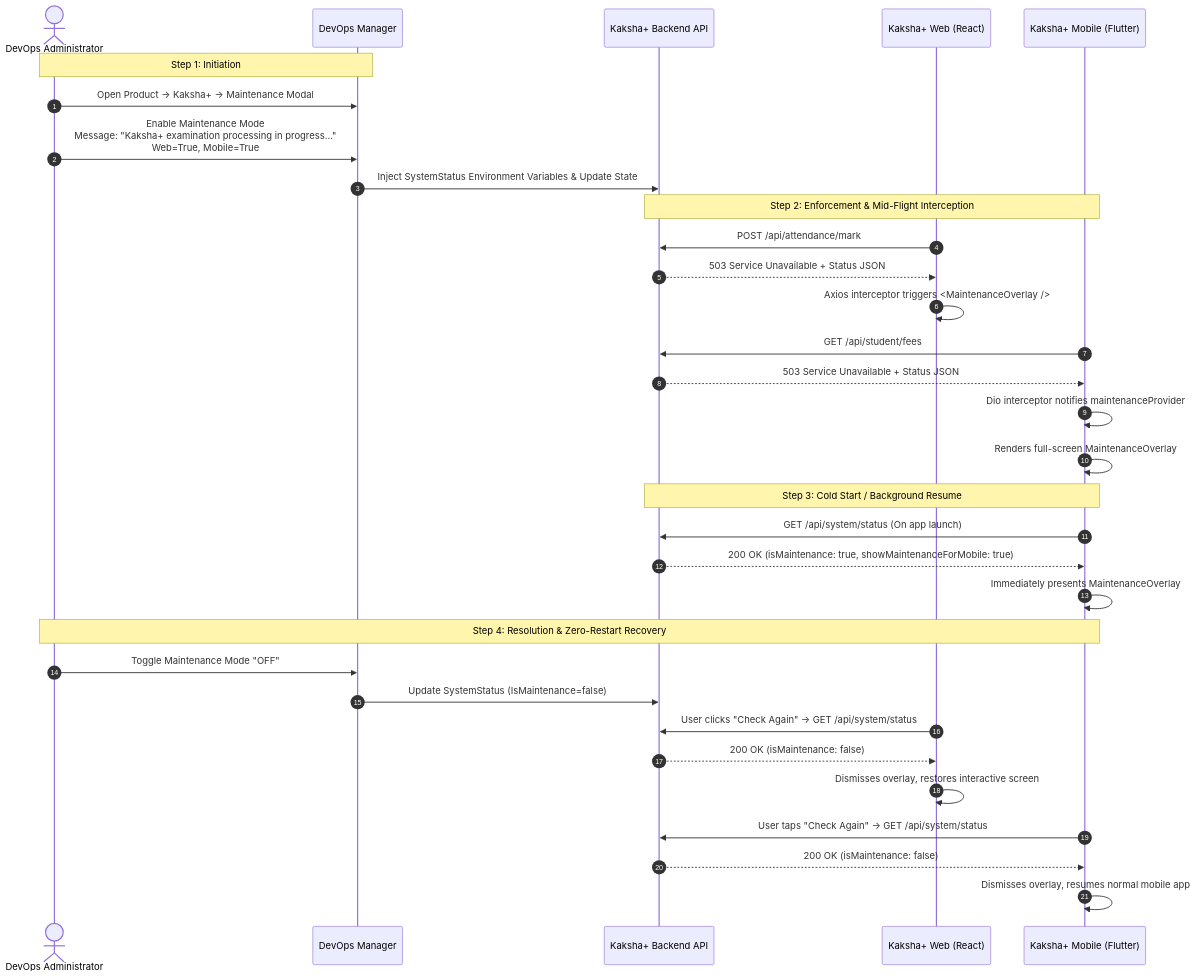
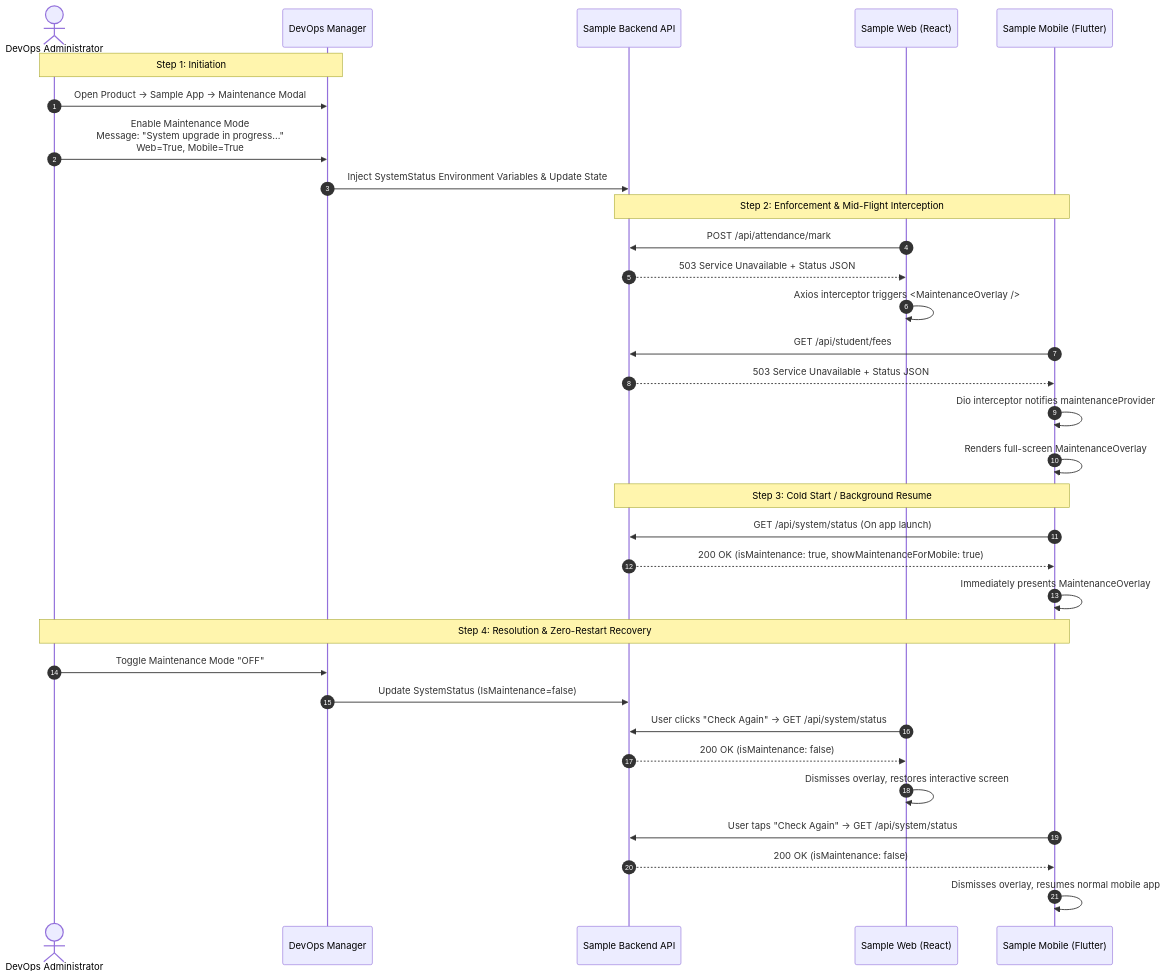
The diagram in docs/03-OPERATIONS-AND-DEVOPS/CENTRALIZED_MAINTENANCE_MODE_GUIDE.md (tmk-computers/vps-infra), drawn with Mermaid before and after one commit. The commit also changed other lines of this file and 9 other files, not shown here.

````diff
--- a/docs/03-OPERATIONS-AND-DEVOPS/CENTRALIZED_MAINTENANCE_MODE_GUIDE.md
+++ b/docs/03-OPERATIONS-AND-DEVOPS/CENTRALIZED_MAINTENANCE_MODE_GUIDE.md
@@ -88,39 +88,39 @@
 ```mermaid
 sequenceDiagram
     autonumber
     actor Admin as DevOps Administrator
     participant DevOps as DevOps Manager
-    participant API as Kaksha+ Backend API
-    participant Web as Kaksha+ Web (React)
-    participant Mobile as Kaksha+ Mobile (Flutter)
+    participant API as Sample Backend API
+    participant Web as Sample Web (React)
+    participant Mobile as Sample Mobile (Flutter)
 
     Note over Admin,DevOps: Step 1: Initiation
-    Admin->>DevOps: Open Product -> Kaksha+ -> Maintenance Modal
-    Admin->>DevOps: Enable Maintenance Mode<br/>Message: "Kaksha+ examination processing in progress..."<br/>Web=True, Mobile=True
+    Admin->>DevOps: Open Product -> Sample App -> Maintenance Modal
+    Admin->>DevOps: Enable Maintenance Mode<br/>Message: "System upgrade in progress..."<br/>Web=True, Mobile=True
     DevOps->>API: Inject SystemStatus Environment Variables & Update State
 
     Note over API,Mobile: Step 2: Enforcement & Mid-Flight Interception
     Web->>API: POST /api/attendance/mark
     API-->>Web: 503 Service Unavailable + Status JSON
     Web->>Web: Axios interceptor triggers <MaintenanceOverlay />
 
     Mobile->>API: GET /api/student/fees
     API-->>Mobile: 503 Service Unavailable + Status JSON
     Mobile->>Mobile: Dio interceptor notifies maintenanceProvider
     Mobile->>Mobile: Renders full-screen MaintenanceOverlay
 
     Note over Mobile,API: Step 3: Cold Start / Background Resume
     Mobile->>API: GET /api/system/status (On app launch)
     API-->>Mobile: 200 OK (isMaintenance: true, showMaintenanceForMobile: true)
     Mobile->>Mobile: Immediately presents MaintenanceOverlay
 
     Note over Admin,Mobile: Step 4: Resolution & Zero-Restart Recovery
     Admin->>DevOps: Toggle Maintenance Mode "OFF"
     DevOps->>API: Update SystemStatus (IsMaintenance=false)
     Web->>API: User clicks "Check Again" -> GET /api/system/status
     API-->>Web: 200 OK (isMaintenance: false)
     Web->>Web: Dismisses overlay, restores interactive screen
     Mobile->>API: User taps "Check Again" -> GET /api/system/status
     API-->>Mobile: 200 OK (isMaintenance: false)
     Mobile->>Mobile: Dismisses overlay, resumes normal mobile app
 ```
````
